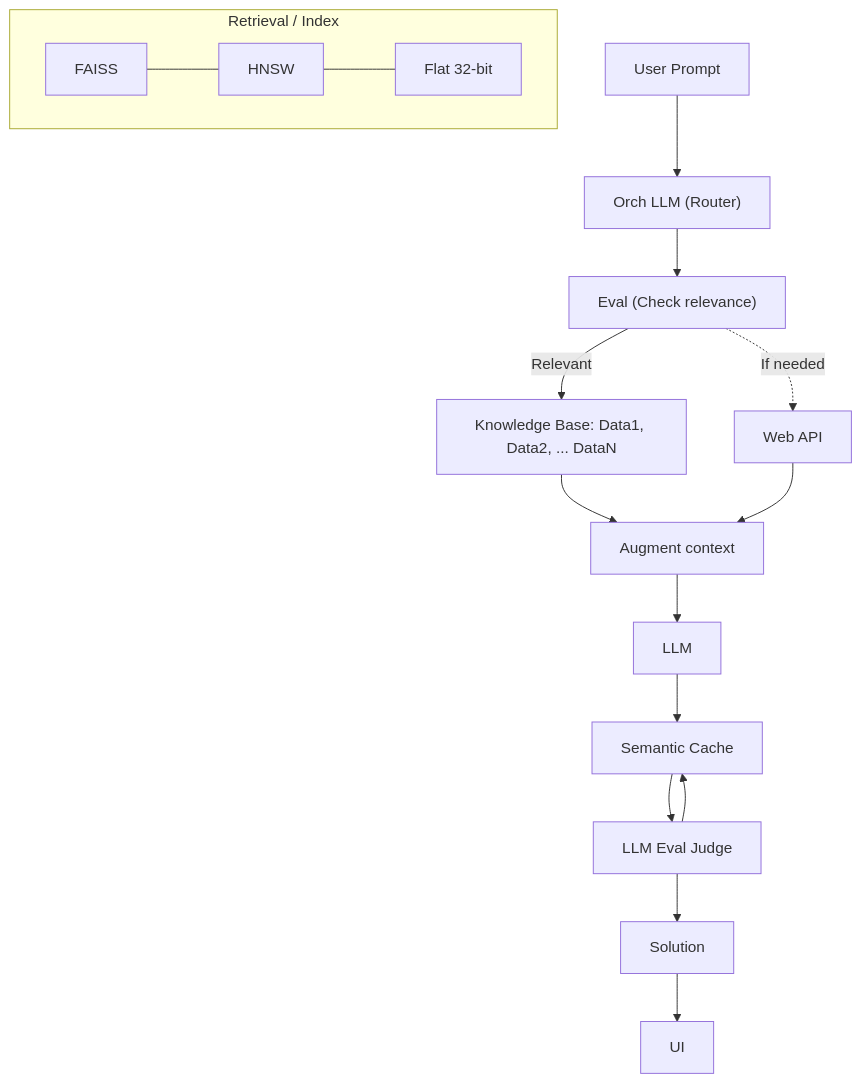
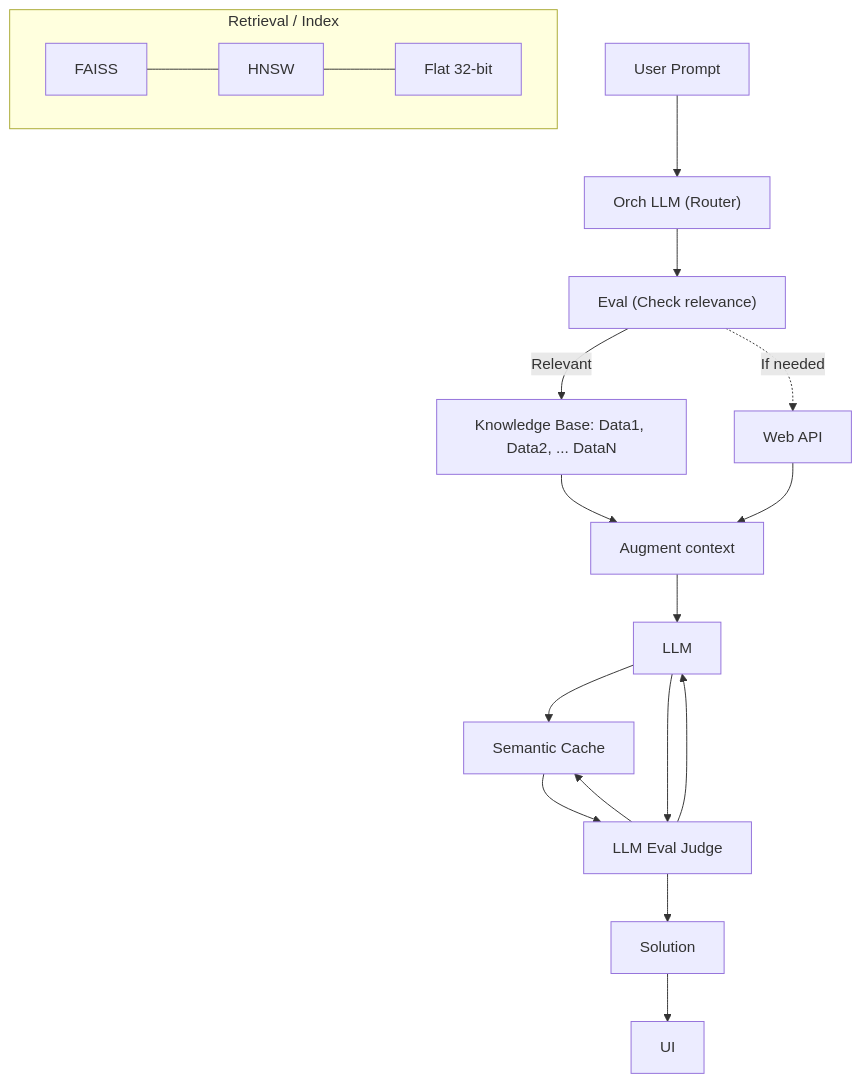
The diagram in README.md (heleyna-tuck/Diagram), drawn with Mermaid before and after one commit.

Commit message:
Update README with clearer arrow notation

````diff
--- a/README.md
+++ b/README.md
@@ -1,26 +1,30 @@
 ```mermaid
 flowchart TD
   U["User Prompt"] --> R["Orch LLM (Router)"]
 
   subgraph RET["Retrieval / Index"]
     F["FAISS"] --- H["HNSW"]
     H --- Q["Flat 32-bit"]
   end
 
   R --> E["Eval (Check relevance)"]
   E -->|Relevant| KB["Knowledge Base: Data1, Data2, ... DataN"]
   E -.->|If needed| W["Web API"]
 
   KB --> A["Augment context"]
   W --> A
   A --> L["LLM"]
 
   L --> C["Semantic Cache"]
 
-  %% Two arrows between Semantic Cache and LLM Eval Judge (down + up)
+  %% Semantic Cache <-> Judge (down + up)
   C --> J["LLM Eval Judge"]
   J --> C
+
+  %% LLM <-> Judge (bypass around Semantic Cache conceptually)
+  L --> J
+  J --> L
 
   J --> S["Solution"]
   S --> UI["UI"]
 ```
````
